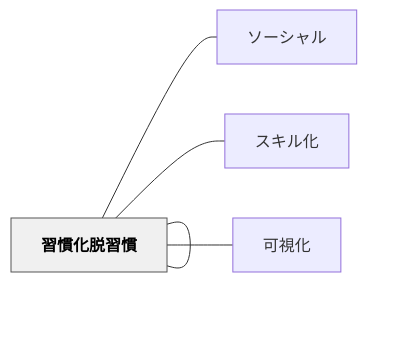
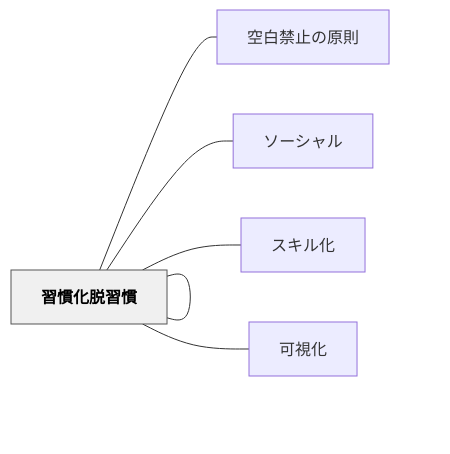
One commit to unknownthings-ed-patterns/unknownthings-ed-patterns changed the diagram in content/パタン/習慣化脱習慣.md. Above: the diagram before and after it, drawn with Mermaid. The commit also changed other lines of this file and 473 other files, not shown here.

````diff
--- a/content/パタン/習慣化脱習慣.md
+++ b/content/パタン/習慣化脱習慣.md
@@ -86,16 +88,20 @@
 ```mermaid
 flowchart LR
     ne7bf92e685a3["習慣化脱習慣"]
+    ne7a9bae799bd["空白禁止の原則"]
+    ne7bf92e685a3["習慣化"]
     ne382bde383bc["ソーシャル"]
     ne382b9e382ad["スキル化"]
     ne58fafe8a696["可視化"]
     ne7bf92e685a3["習慣化脱習慣"]
 
+    ne7bf92e685a3 --- ne7a9bae799bd
+    ne7bf92e685a3 --- ne7bf92e685a3
     ne7bf92e685a3 --- ne382bde383bc
     ne7bf92e685a3 --- ne382b9e382ad
     ne7bf92e685a3 --- ne58fafe8a696
     ne7bf92e685a3 --- ne7bf92e685a3
 
     classDef hub fill:#f0f0f0,stroke:#555,color:#000,font-weight:bold
     class ne7bf92e685a3 hub
 ```
````
